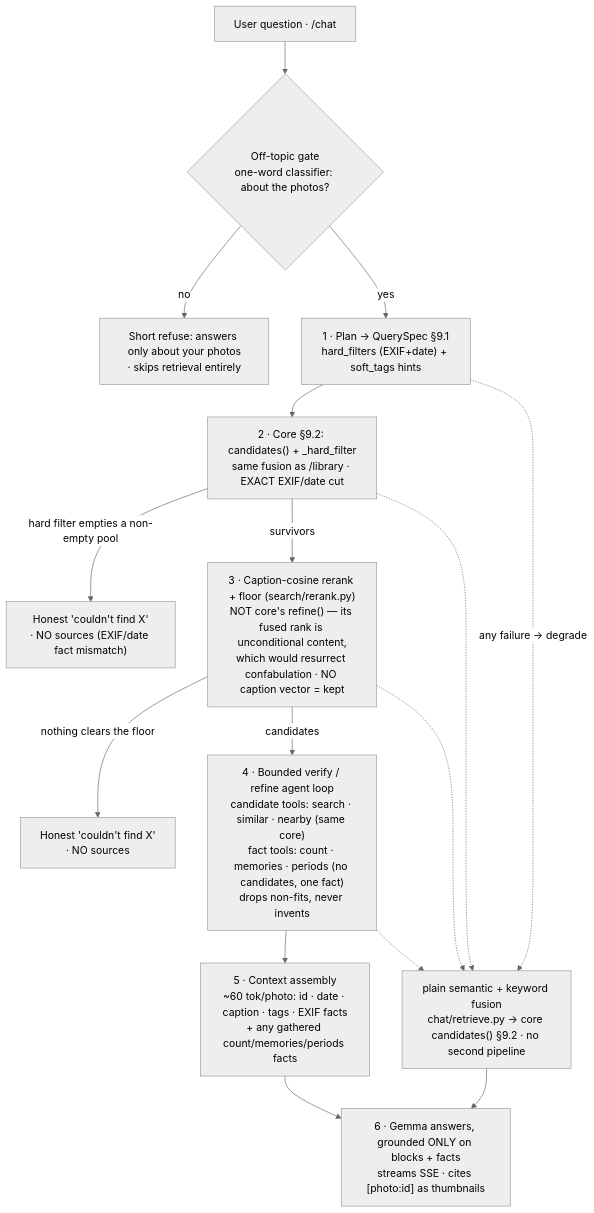
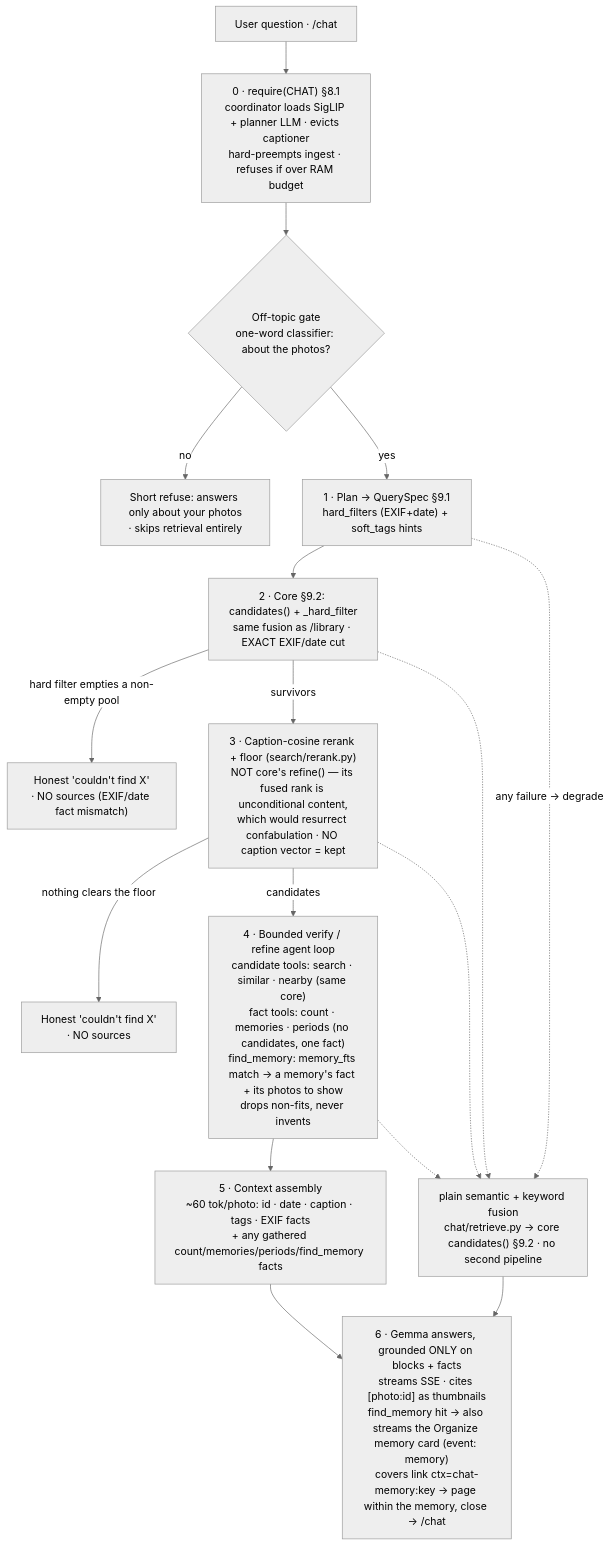
One commit to sadensmol/ivms777 changed the fifth of 6 diagrams in docs/design.md. Above: the diagram before and after it, drawn with Mermaid (neutral theme). The commit also changed other lines of this file and 35 other files, not shown here.

````diff
--- a/docs/design.md
+++ b/docs/design.md
@@ -964,19 +1127,20 @@
 ```mermaid
 flowchart TB
-    quest["User question · /chat"] --> gate{"Off-topic gate<br/>one-word classifier: about the photos?"}
+    quest["User question · /chat"] --> lease["0 · require(CHAT) §8.1<br/>coordinator loads SigLIP + planner LLM · evicts captioner<br/>hard-preempts ingest · refuses if over RAM budget"]
+    lease --> gate{"Off-topic gate<br/>one-word classifier: about the photos?"}
     gate -->|no| refuse["Short refuse: answers only about your photos<br/>· skips retrieval entirely"]
     gate -->|yes| plan["1 · Plan → QuerySpec §9.1<br/>hard_filters (EXIF+date) + soft_tags hints"]
     plan --> core["2 · Core §9.2: candidates() + _hard_filter<br/>same fusion as /library · EXACT EXIF/date cut"]
     core -->|hard filter empties a non-empty pool| honestfilter["Honest 'couldn't find X'<br/>· NO sources (EXIF/date fact mismatch)"]
     core -->|survivors| rerank["3 · Caption-cosine rerank + floor (search/rerank.py)<br/>NOT core's refine() — its fused rank is unconditional content,<br/>which would resurrect confabulation · NO caption vector = kept"]
     rerank -->|nothing clears the floor| honest["Honest 'couldn't find X'<br/>· NO sources"]
-    rerank -->|candidates| loop["4 · Bounded verify / refine agent loop<br/>candidate tools: search · similar · nearby (same core)<br/>fact tools: count · memories · periods (no candidates, one fact)<br/>drops non-fits, never invents"]
-    loop --> ctx["5 · Context assembly<br/>~60 tok/photo: id · date · caption · tags · EXIF facts<br/>+ any gathered count/memories/periods facts"]
-    ctx --> ans["6 · Gemma answers, grounded ONLY on blocks + facts<br/>streams SSE · cites [photo:id] as thumbnails"]
+    rerank -->|candidates| loop["4 · Bounded verify / refine agent loop<br/>candidate tools: search · similar · nearby (same core)<br/>fact tools: count · memories · periods (no candidates, one fact)<br/>find_memory: memory_fts match → a memory's fact + its photos to show<br/>drops non-fits, never invents"]
+    loop --> ctx["5 · Context assembly<br/>~60 tok/photo: id · date · caption · tags · EXIF facts<br/>+ any gathered count/memories/periods/find_memory facts"]
+    ctx --> ans["6 · Gemma answers, grounded ONLY on blocks + facts<br/>streams SSE · cites [photo:id] as thumbnails<br/>find_memory hit → also streams the Organize memory card (event: memory)<br/>covers link ctx=chat-memory:key → page within the memory, close → /chat"]
 
     plan -.->|any failure → degrade| fb["plain semantic + keyword fusion<br/>chat/retrieve.py → core candidates() §9.2 · no second pipeline"]
     core -.-> fb
     rerank -.-> fb
     loop -.-> fb
     fb --> ans
 ```
````
